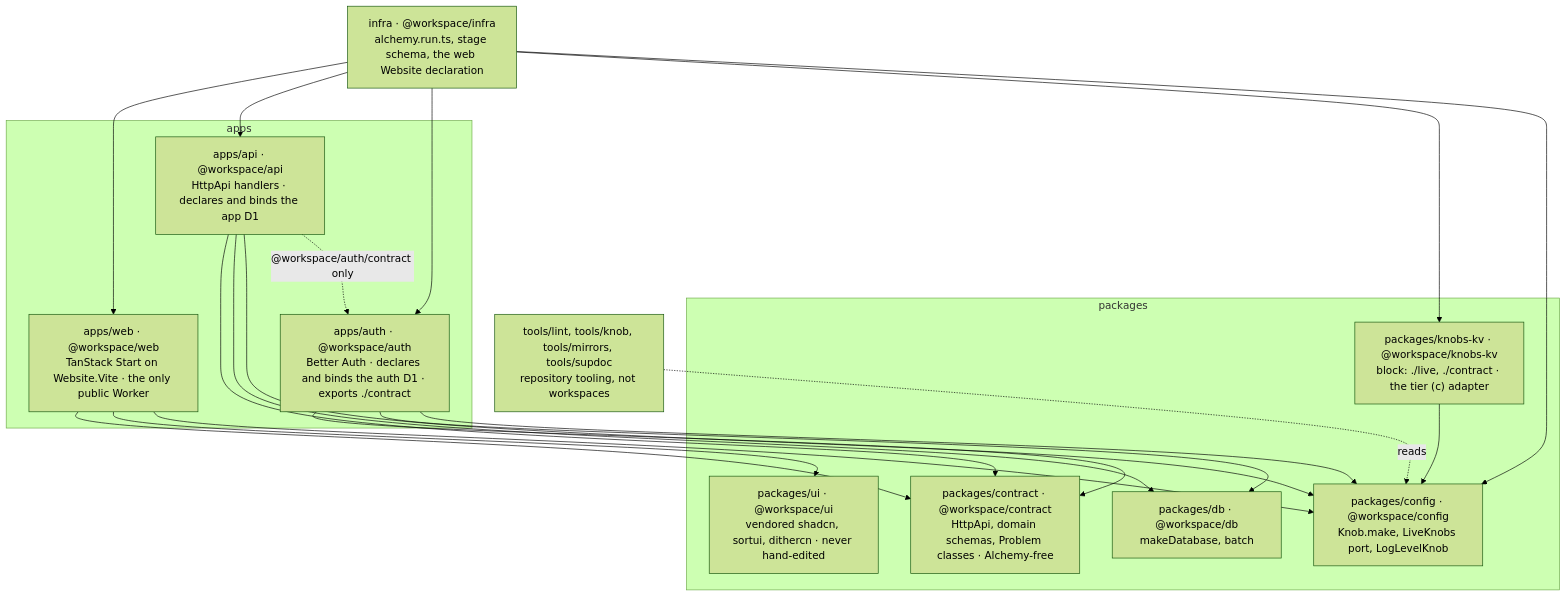
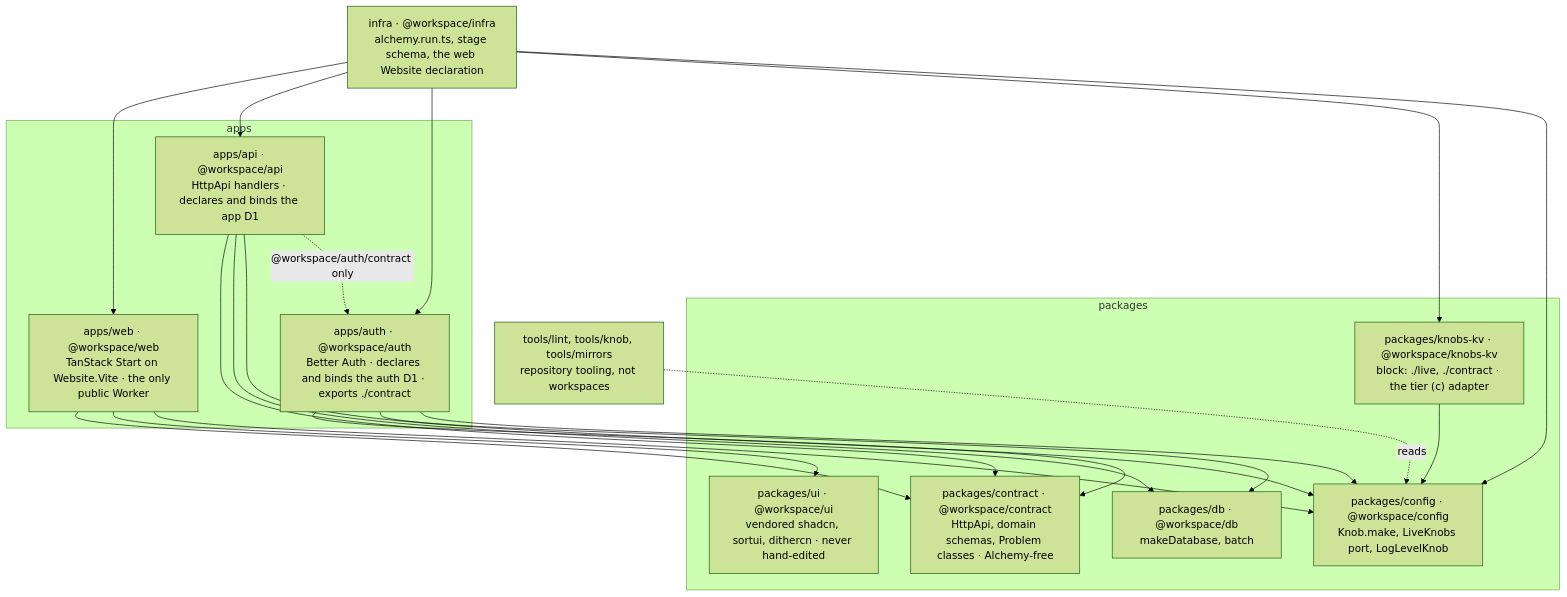
The first of 7 diagrams in docs/architecture.md (aidenzepp/cf-template), drawn with Mermaid (forest theme) before and after one commit. The commit also changed other lines of this file and 7 other files, not shown here.

````diff
--- a/docs/architecture.md
+++ b/docs/architecture.md
@@ -106,25 +106,25 @@
 ```mermaid
 flowchart TB
   subgraph apps
     web["apps/web · @workspace/web<br/>TanStack Start on Website.Vite · the only public Worker"]
     api["apps/api · @workspace/api<br/>HttpApi handlers · declares and binds the app D1"]
         auth["apps/auth · @workspace/auth<br/>Better Auth · declares and binds the auth D1 · exports ./contract"]
   end
   subgraph packages
         contract["packages/contract · @workspace/contract<br/>HttpApi, domain schemas, Problem classes · Alchemy-free"]
     db["packages/db · @workspace/db<br/>makeDatabase, batch"]
     config["packages/config · @workspace/config<br/>Knob.make, LiveKnobs port, LogLevelKnob"]
     ui["packages/ui · @workspace/ui<br/>vendored shadcn, sortui, dithercn · never hand-edited"]
     knobs["packages/knobs-kv · @workspace/knobs-kv<br/>block: ./live, ./contract · the tier (c) adapter"]
   end
     infra["infra · @workspace/infra<br/>alchemy.run.ts, stage schema, the web Website declaration"]
-  tools["tools/lint, tools/knob, tools/mirrors, tools/supdoc<br/>repository tooling, not workspaces"]
+  tools["tools/lint, tools/knob, tools/mirrors<br/>repository tooling, not workspaces"]
 
     infra --> web & api & auth & knobs & config
   web --> contract & ui & config
   api --> contract & db & config
   api -. "@workspace/auth/contract only" .-> auth
   auth --> contract & db & config
   knobs --> config
   tools -. reads .-> config
 ```
````
